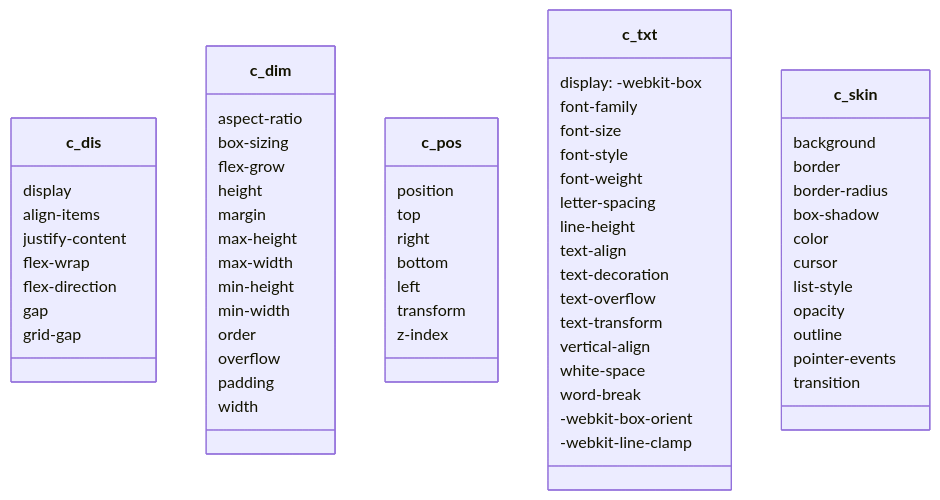
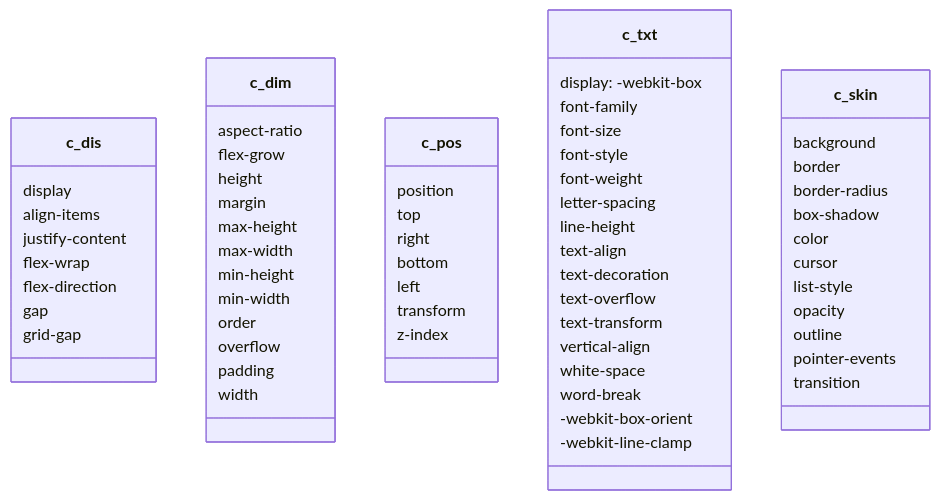
The third of 4 diagrams in README.md (ita-design-system/starter-template), drawn with Mermaid before and after one commit. The commit also changed other lines of this file, not shown here.

````diff
--- a/README.md
+++ b/README.md
@@ -178,67 +197,66 @@
 ```mermaid
 classDiagram
     class c_dis {
         display
         align-items
         justify-content
         flex-wrap
         flex-direction
         gap
         grid-gap
     }
     class c_dim {
         aspect-ratio
-        box-sizing
         flex-grow
         height
         margin
         max-height
         max-width
         min-height
         min-width
         order
         overflow
         padding
         width
     }
     class c_pos {
         position
         top
         right
         bottom
         left
         transform
         z-index
     }
     class c_txt {
         display: -webkit-box
         font-family
         font-size
         font-style
         font-weight
         letter-spacing
         line-height
         text-align
         text-decoration
         text-overflow
         text-transform
         vertical-align
         white-space
         word-break
         -webkit-box-orient
         -webkit-line-clamp
     }
     class c_skin {
         background
         border
         border-radius
         box-shadow
         color
         cursor
         list-style
         opacity
         outline
         pointer-events
         transition
     }
  ```
````
